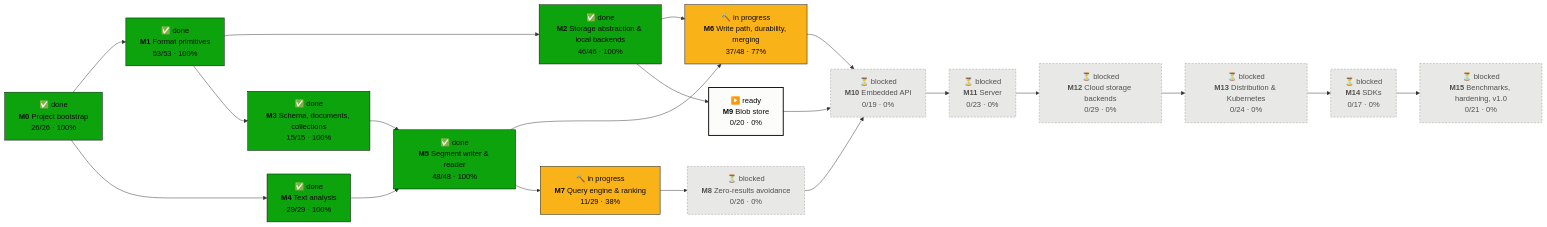
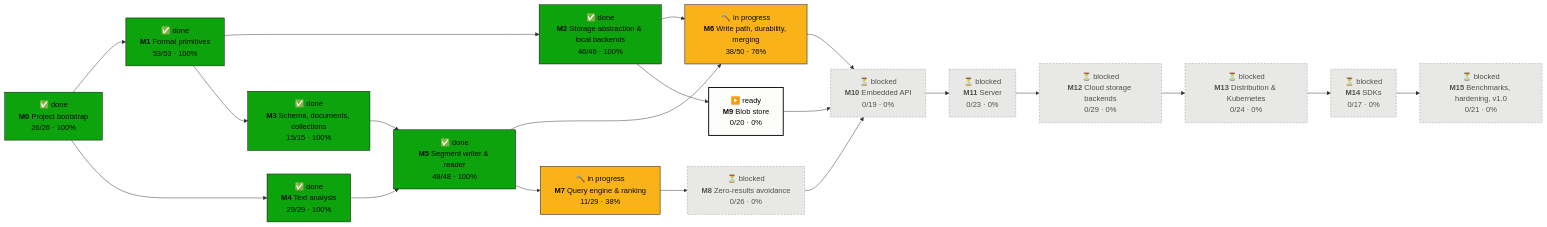
The first of 2 diagrams in PROGRESS.md (tomiok/persiaDB), drawn with Mermaid before and after one commit. The commit also changed other lines of this file and 9 other files, not shown here.

````diff
--- a/PROGRESS.md
+++ b/PROGRESS.md
@@ -16,42 +16,42 @@
 ```mermaid
 flowchart LR
   M0["✅ done<br/><b>M0</b> Project bootstrap<br/>26/26 · 100%"]:::done
   M1["✅ done<br/><b>M1</b> Format primitives<br/>53/53 · 100%"]:::done
   M2["✅ done<br/><b>M2</b> Storage abstraction & local backends<br/>46/46 · 100%"]:::done
   M3["✅ done<br/><b>M3</b> Schema, documents, collections<br/>15/15 · 100%"]:::done
   M4["✅ done<br/><b>M4</b> Text analysis<br/>29/29 · 100%"]:::done
   M5["✅ done<br/><b>M5</b> Segment writer & reader<br/>48/48 · 100%"]:::done
-  M6["🔨 in progress<br/><b>M6</b> Write path, durability, merging<br/>37/48 · 77%"]:::doing
+  M6["🔨 in progress<br/><b>M6</b> Write path, durability, merging<br/>38/50 · 76%"]:::doing
   M7["🔨 in progress<br/><b>M7</b> Query engine & ranking<br/>11/29 · 38%"]:::doing
   M8["⏳ blocked<br/><b>M8</b> Zero-results avoidance<br/>0/26 · 0%"]:::blocked
   M9["▶️ ready<br/><b>M9</b> Blob store<br/>0/20 · 0%"]:::ready
   M10["⏳ blocked<br/><b>M10</b> Embedded API<br/>0/19 · 0%"]:::blocked
   M11["⏳ blocked<br/><b>M11</b> Server<br/>0/23 · 0%"]:::blocked
   M12["⏳ blocked<br/><b>M12</b> Cloud storage backends<br/>0/29 · 0%"]:::blocked
   M13["⏳ blocked<br/><b>M13</b> Distribution & Kubernetes<br/>0/24 · 0%"]:::blocked
   M14["⏳ blocked<br/><b>M14</b> SDKs<br/>0/17 · 0%"]:::blocked
   M15["⏳ blocked<br/><b>M15</b> Benchmarks, hardening, v1.0<br/>0/21 · 0%"]:::blocked
   M0 --> M1
   M1 --> M2
   M1 --> M3
   M0 --> M4
   M3 --> M5
   M4 --> M5
   M2 --> M6
   M5 --> M6
   M5 --> M7
   M7 --> M8
   M2 --> M9
   M6 --> M10
   M8 --> M10
   M9 --> M10
   M10 --> M11
   M11 --> M12
   M12 --> M13
   M13 --> M14
   M14 --> M15
   classDef done fill:#0ca30c,stroke:#0b0b0b,color:#0b0b0b
   classDef doing fill:#fab219,stroke:#0b0b0b,color:#0b0b0b
   classDef ready fill:#fcfcfb,stroke:#0b0b0b,stroke-width:2px,color:#0b0b0b
   classDef blocked fill:#e8e8e6,stroke:#9a9a96,stroke-dasharray:4 3,color:#52514e
 ```
````
